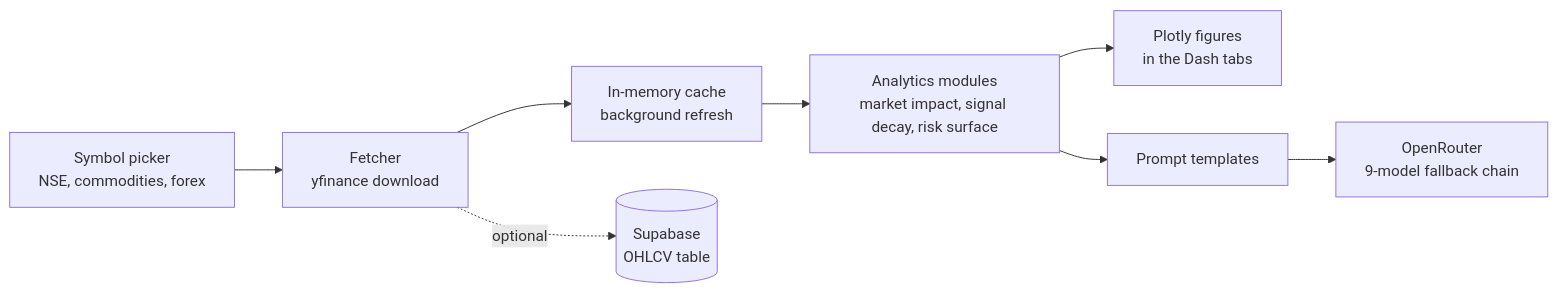
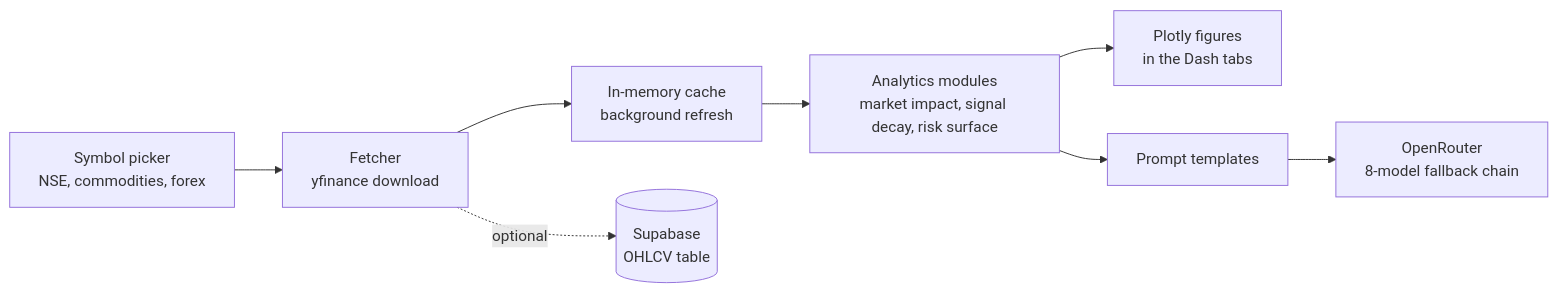
One commit to maahin-1/Quant-Systems-Market-Impact-Signal-Risk-Collection changed the diagram in README.md. Above: the diagram before and after it, drawn with Mermaid. The commit also changed other lines of this file and 7 other files, not shown here.

````diff
--- a/README.md
+++ b/README.md
@@ -79,10 +85,10 @@
 ```mermaid
 flowchart LR
     A[Symbol picker<br/>NSE, commodities, forex] --> B[Fetcher<br/>yfinance download]
     B --> C[In-memory cache<br/>background refresh]
     C --> D[Analytics modules<br/>market impact, signal decay, risk surface]
     D --> E[Plotly figures<br/>in the Dash tabs]
     D --> F[Prompt templates]
-    F --> G[OpenRouter<br/>9-model fallback chain]
+    F --> G[OpenRouter<br/>8-model fallback chain]
     B -. optional .-> H[(Supabase<br/>OHLCV table)]
 ```
````
